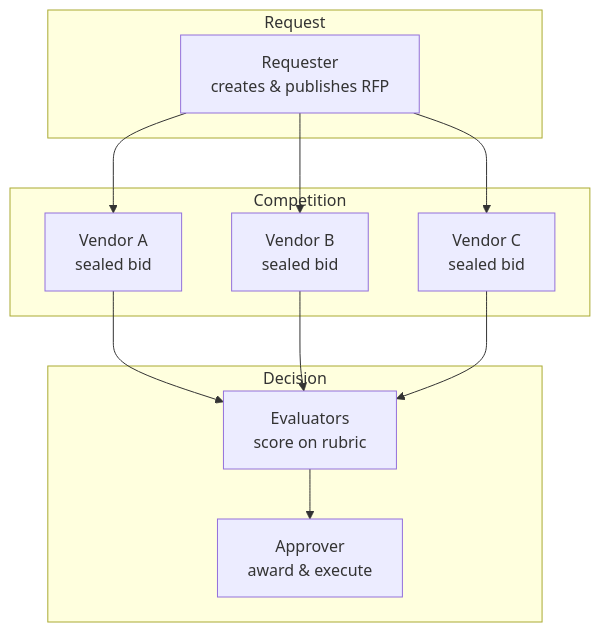
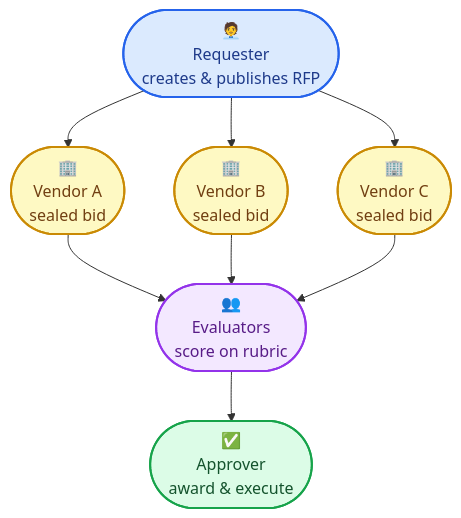
The second of 4 diagrams in extensions/procurement/README.md (smart-social-contracts/realms-extensions), drawn with Mermaid before and after one commit. The commit also changed other lines of this file, not shown here.

Commit message:
docs(procurement): use distinct figurine nodes in roles diagram
Replace grouped subgraph boxes with separate styled actors (requester,
vendors, evaluators, approver) so each party reads as an independent
role in the workflow.

````diff
--- a/extensions/procurement/README.md
+++ b/extensions/procurement/README.md
@@ -31,17 +33,19 @@
 ```mermaid
 flowchart TB
-    subgraph request["Request"]
-        R[Requester<br/>creates & publishes RFP]
-    end
-    subgraph compete["Competition"]
-        V1[Vendor A<br/>sealed bid]
-        V2[Vendor B<br/>sealed bid]
-        V3[Vendor C<br/>sealed bid]
-    end
-    subgraph decide["Decision"]
-        E[Evaluators<br/>score on rubric]
-        A[Approver<br/>award & execute]
-    end
+    R(["🧑‍💼<br/>Requester<br/>creates & publishes RFP"]):::requester
+
+    V1(["🏢<br/>Vendor A<br/>sealed bid"]):::vendor
+    V2(["🏢<br/>Vendor B<br/>sealed bid"]):::vendor
+    V3(["🏢<br/>Vendor C<br/>sealed bid"]):::vendor
+
+    EV(["👥<br/>Evaluators<br/>score on rubric"]):::evaluator
+    AP(["✅<br/>Approver<br/>award & execute"]):::approver
+
     R --> V1 & V2 & V3
-    V1 & V2 & V3 --> E --> A
+    V1 & V2 & V3 --> EV --> AP
+
+    classDef requester fill:#dbeafe,stroke:#2563eb,stroke-width:2px,color:#1e3a8a
+    classDef vendor fill:#fef9c3,stroke:#ca8a04,stroke-width:2px,color:#713f12
+    classDef evaluator fill:#f3e8ff,stroke:#9333ea,stroke-width:2px,color:#581c87
+    classDef approver fill:#dcfce7,stroke:#16a34a,stroke-width:2px,color:#14532d
 ```
````
